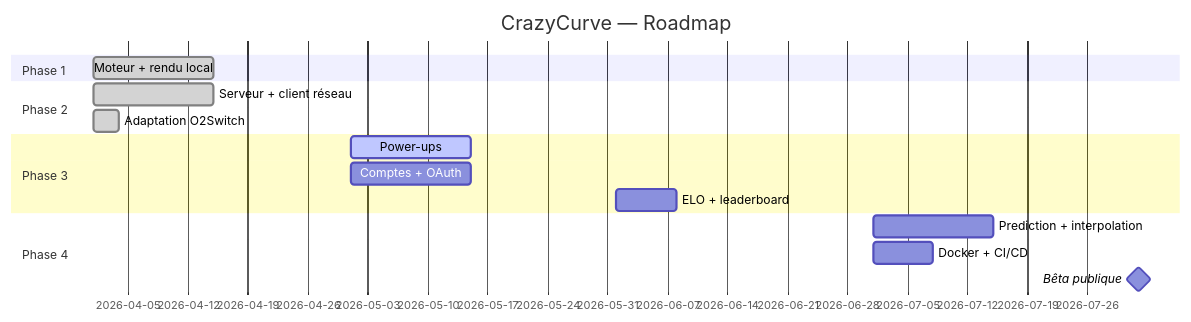
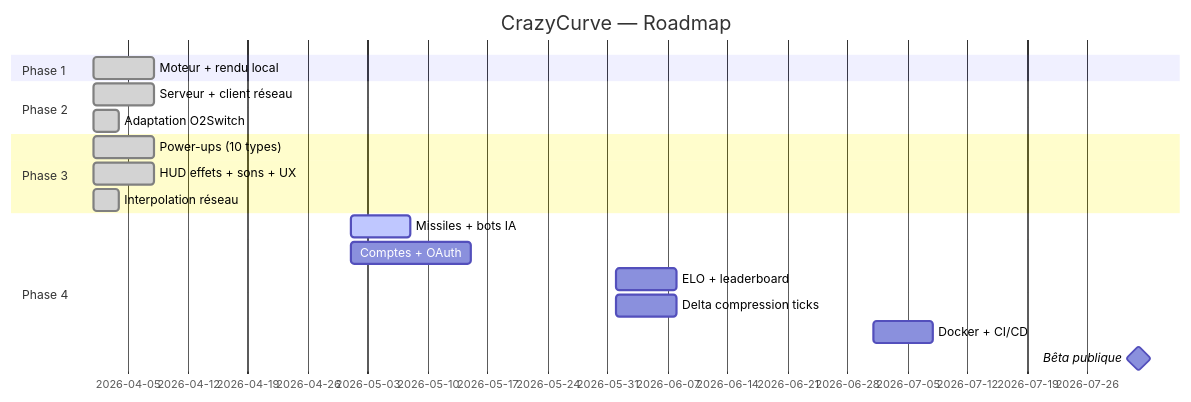
The fourth of 4 diagrams in README.md (artkabis/crazycurve), drawn with Mermaid before and after one commit. The commit also changed other lines of this file, not shown here.

First line of the commit message:
docs: update README — Phase 3 complete (power-ups, HUD, audio, interpolation)

````diff
--- a/README.md
+++ b/README.md
@@ -371,18 +443,21 @@
 ```mermaid
 gantt
     title CrazyCurve — Roadmap
     dateFormat  YYYY-MM
     section Phase 1
-    Moteur + rendu local     :done, 2026-04, 2w
+    Moteur + rendu local          :done, 2026-04, 1w
     section Phase 2
-    Serveur + client réseau  :done, 2026-04, 2w
-    Adaptation O2Switch      :done, 2026-04, 3d
+    Serveur + client réseau       :done, 2026-04, 1w
+    Adaptation O2Switch           :done, 2026-04, 3d
     section Phase 3
-    Power-ups                :active, 2026-05, 2w
-    Comptes + OAuth          :2026-05, 2w
-    ELO + leaderboard        :2026-06, 1w
+    Power-ups (10 types)          :done, 2026-04, 1w
+    HUD effets + sons + UX        :done, 2026-04, 1w
+    Interpolation réseau          :done, 2026-04, 3d
     section Phase 4
-    Prediction + interpolation :2026-07, 2w
-    Docker + CI/CD           :2026-07, 1w
-    Bêta publique            :milestone, 2026-08, 0d
+    Missiles + bots IA            :active, 2026-05, 1w
+    Comptes + OAuth               :2026-05, 2w
+    ELO + leaderboard             :2026-06, 1w
+    Delta compression ticks       :2026-06, 1w
+    Docker + CI/CD                :2026-07, 1w
+    Bêta publique                 :milestone, 2026-08, 0d
 ```
````
